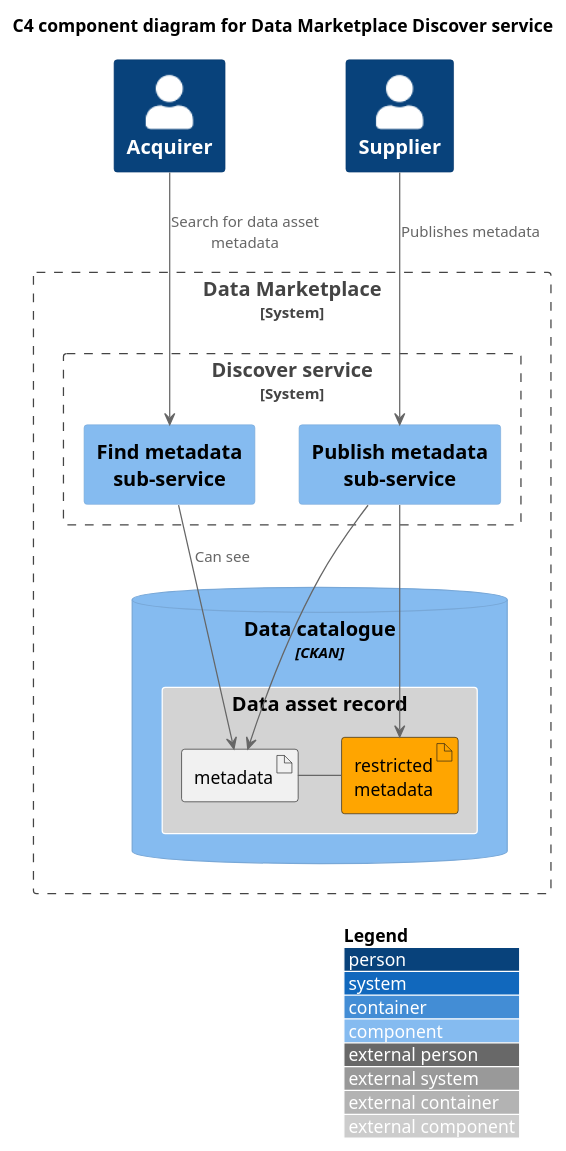
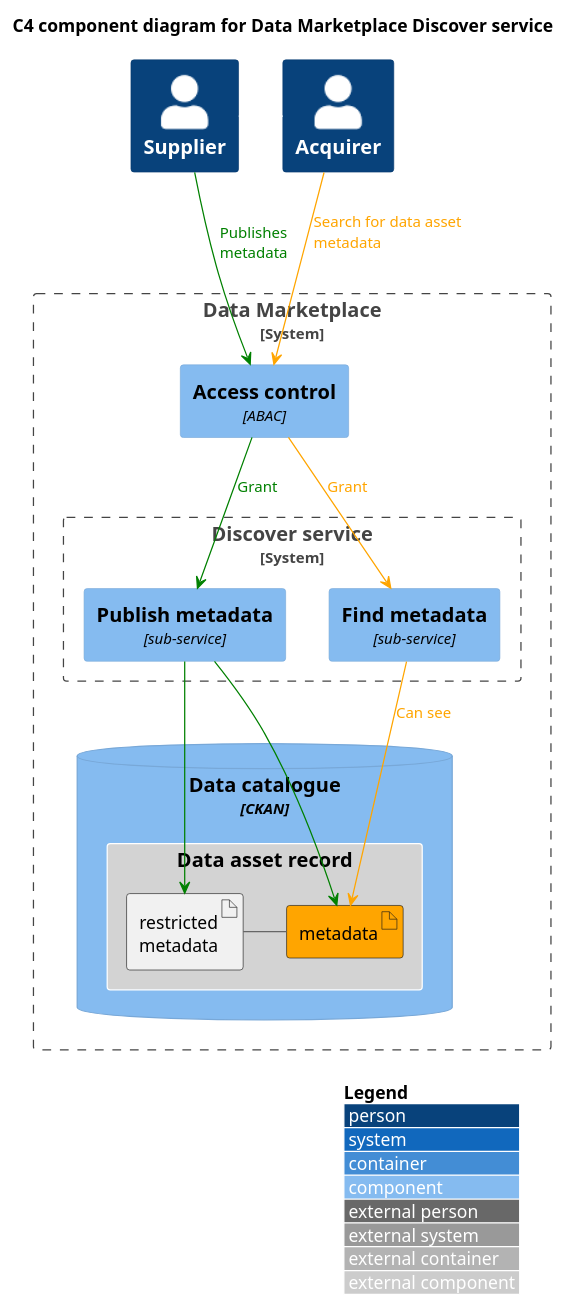
The diagram in data-marketplace/dm-c4-component-discover.puml (co-cddo/data-architecture), drawn with PlantUML before and after one commit. The commit also changed 1 other file, not shown here.

Commit message:
Update file(s) "/." from "co-cddo/data-architecture-r"

```diff
--- a/data-marketplace/dm-c4-component-discover.puml
+++ b/data-marketplace/dm-c4-component-discover.puml
@@ -1,35 +1,40 @@
 @startuml dm-c4-component-discover 
 !include <C4/C4_Component>
 
 LAYOUT_TOP_DOWN()
 LAYOUT_WITH_LEGEND()
 
 title C4 component diagram for Data Marketplace Discover service
 
 AddElementTag("record", $bgColor="LightGrey", $borderColor="White")
 
 Person(acquirer, "Acquirer", "")
 Person(supplier, "Supplier", "")
 
 System_Boundary(dm, "Data Marketplace") {
+  Component(access, "Access control", "ABAC")  
   System_Boundary(discover, "Discover service") {
-    Component(publish, "Publish metadata sub-service")
-    Component(find, "Find metadata sub-service")
+    Component(publish, "Publish metadata", "sub-service")
+    Component(find, "Find metadata", "sub-service")
   }
   ComponentDb(CKAN,"Data catalogue","CKAN") {
     Component(asset,"Data asset record", $tags="record") {
-    artifact "metadata" as metadata
-    artifact "restricted\nmetadata" as metadatar #orange
+    artifact "metadata" as metadata #orange
+    artifact "restricted\nmetadata" as metadatar
     }
 
     metadata - metadatar
   }
 }
-supplier --> publish : Publishes metadata
-publish --> metadata
-publish --> metadatar
+supplier --> access #green : <color:green>Publishes\l<color:green>metadata
+access --> publish #green : <color:green>Grant
+publish --> metadata #green
+publish --> metadatar #green
 
-acquirer --> find : Search for data asset metadata
-find --> metadata : Can see
+acquirer --> access #orange : <color:orange>Search for data asset metadata\l
+access --> find #orange : <color:orange>Grant
+find --> metadata #orange : <color:orange>Can see
 
+'layout
+supplier -[#hidden] acquirer
 @enduml
```
